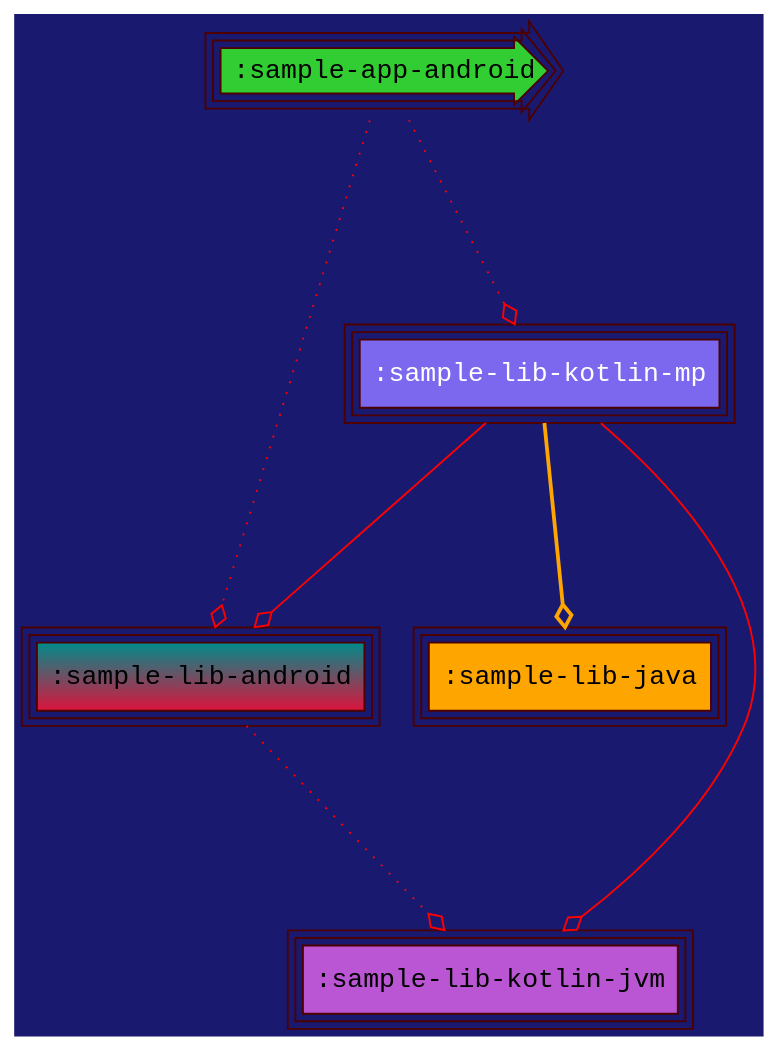
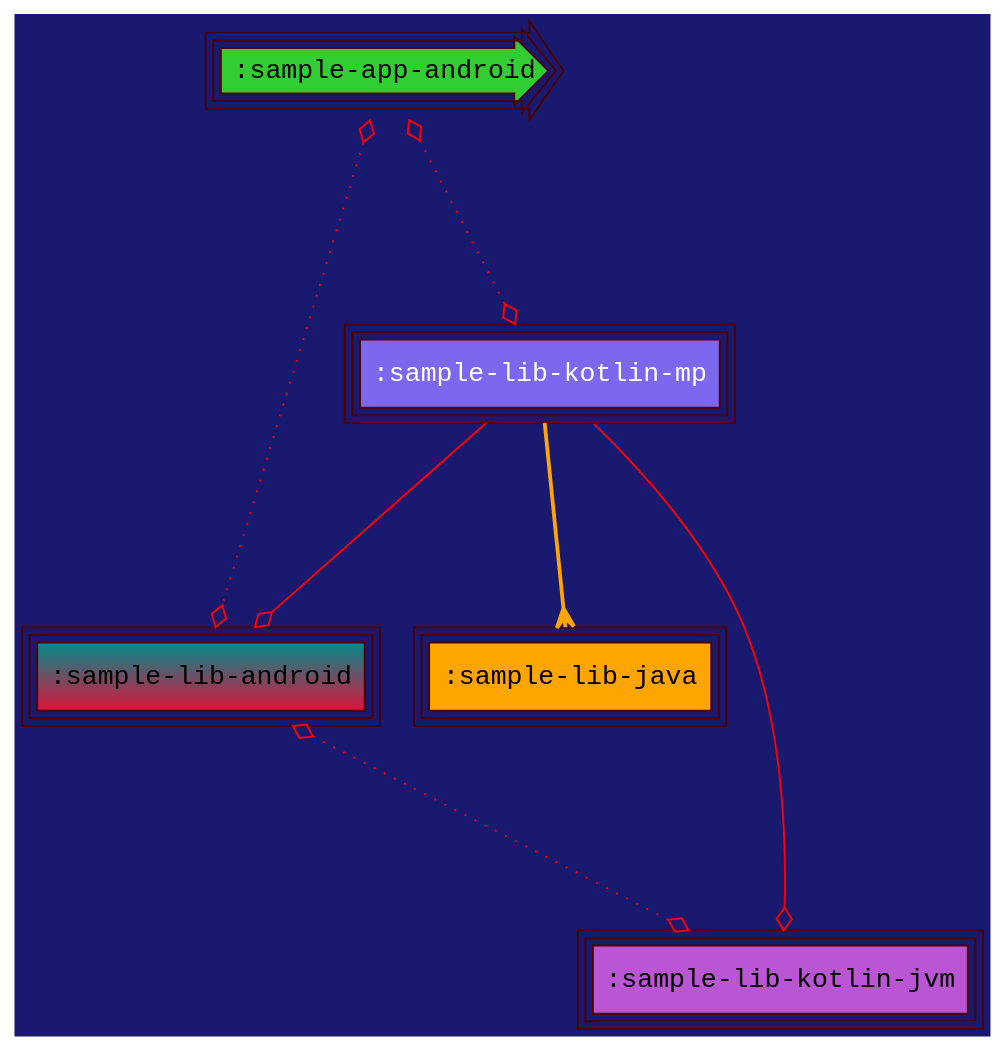
The diagram in samples/sample-graphviz/sample-app-android/modular/chart.dot (jonapoul/atlas), drawn with Graphviz before and after one commit. The commit also changed 58 other files, not shown here.

```diff
--- a/samples/sample-graphviz/sample-app-android/modular/chart.dot
+++ b/samples/sample-graphviz/sample-app-android/modular/chart.dot
@@ -1,16 +1,16 @@
 digraph {
   edge [arrowhead="ediamond",arrowtail="none",color="red",labelfloat="true",fontcolor="lime"]
   graph [layout="dot",bgcolor="MidnightBlue",fontsize="30",rankdir="TB",ranksep="1.5"]
   node [fontname="Courier New",peripheries="3",style="filled",shape="box",color="#4C0000"]
   ":sample-app-android" [shape="rarrow",style="radial",fillcolor="limegreen"]
   ":sample-lib-android" [gradientangle="90",fillcolor="crimson:cyan4"]
   ":sample-lib-java" [fillcolor="orange"]
   ":sample-lib-kotlin-jvm" [fillcolor="mediumorchid"]
   ":sample-lib-kotlin-mp" [fontcolor="white",fillcolor="mediumslateblue"]
-  ":sample-app-android" -> ":sample-lib-android" [style="dotted"]
-  ":sample-app-android" -> ":sample-lib-kotlin-mp" [style="dotted"]
-  ":sample-lib-android" -> ":sample-lib-kotlin-jvm" [style="dotted"]
-  ":sample-lib-kotlin-mp" -> ":sample-lib-android" [style="solid"]
-  ":sample-lib-kotlin-mp" -> ":sample-lib-java" [style="bold",color="orange"]
-  ":sample-lib-kotlin-mp" -> ":sample-lib-kotlin-jvm" [style="solid"]
+  ":sample-app-android" -> ":sample-lib-android" [style="dotted",dir="both",arrowtail="ediamond"]
+  ":sample-app-android" -> ":sample-lib-kotlin-mp" [style="dotted",dir="both",arrowtail="ediamond"]
+  ":sample-lib-android" -> ":sample-lib-kotlin-jvm" [style="dotted",dir="both",arrowtail="ediamond"]
+  ":sample-lib-kotlin-mp" -> ":sample-lib-android" [style="solid",weight="5"]
+  ":sample-lib-kotlin-mp" -> ":sample-lib-java" [style="bold",color="orange",arrowhead="crow"]
+  ":sample-lib-kotlin-mp" -> ":sample-lib-kotlin-jvm" [style="solid",weight="5"]
 }
```
